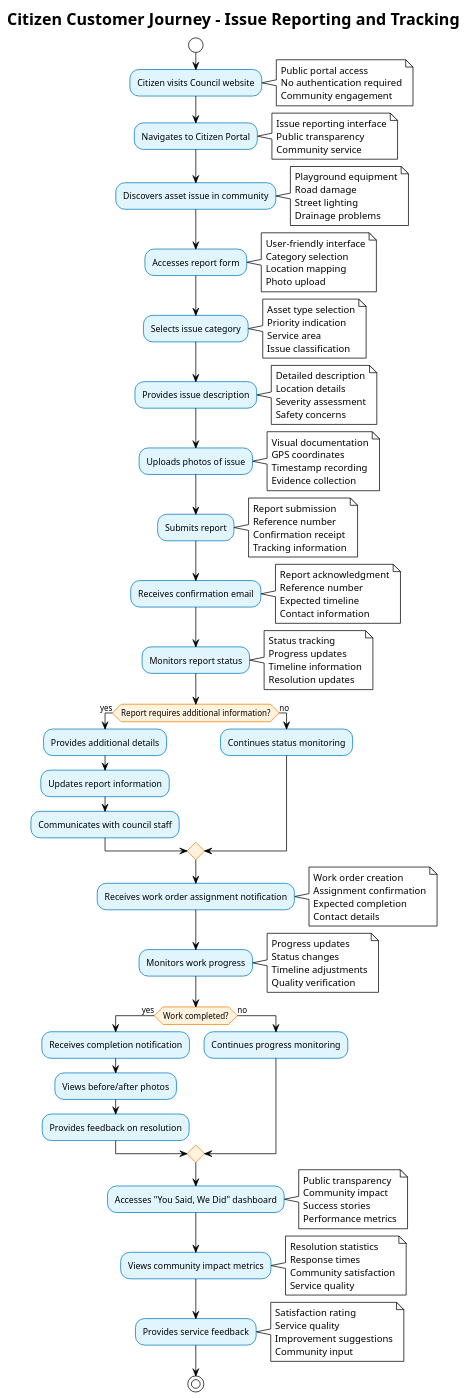
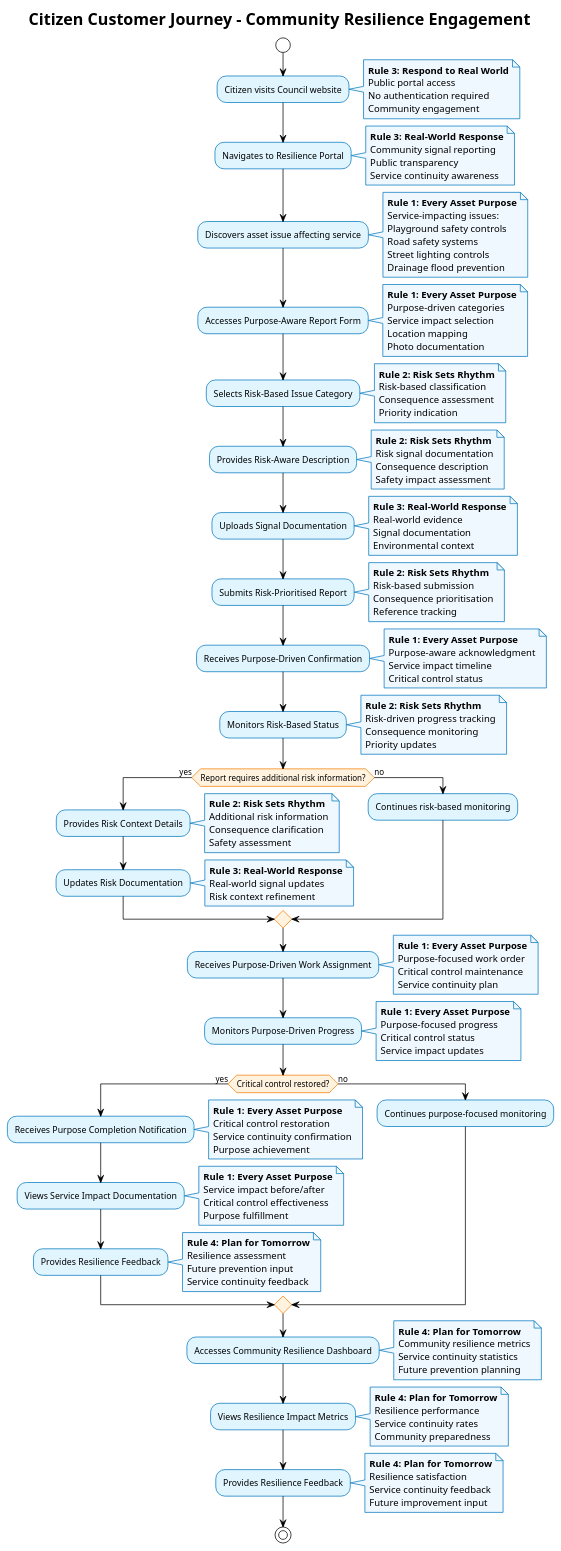
The diagram in docs/architecture/customer-journeys/citizen-journey.puml (Duds/CouncilWorks), drawn with PlantUML before and after one commit. The commit also changed 37 other files, not shown here.

First line of the commit message:
feat: enhance customer journeys and fix PlantUML syntax

```diff
--- a/docs/architecture/customer-journeys/citizen-journey.puml
+++ b/docs/architecture/customer-journeys/citizen-journey.puml
@@ -1,82 +1,91 @@
-@startuml Citizen Customer Journey
+@startuml Citizen Customer Journey - Community Resilience Engagement
 !theme plain
 skinparam backgroundColor #FFFFFF
 skinparam activity {
   BackgroundColor #E1F5FE
   BorderColor #0277BD
   FontColor #000000
 }
 skinparam activityDiamond {
   BackgroundColor #FFF3E0
   BorderColor #F57C00
   FontColor #000000
 }
+skinparam note {
+  BackgroundColor #F0F8FF
+  BorderColor #0277BD
+  FontColor #000000
+}
 
-title Citizen Customer Journey - Issue Reporting and Tracking
+title Citizen Customer Journey - Community Resilience Engagement
 
 start
 
 :Citizen visits Council website;
-note right: Public portal access\nNo authentication required\nCommunity engagement
+note right: **Rule 3: Respond to Real World**\nPublic portal access\nNo authentication required\nCommunity engagement
 
-:Navigates to Citizen Portal;
-note right: Issue reporting interface\nPublic transparency\nCommunity service
+:Navigates to Resilience Portal;
+note right: **Rule 3: Real-World Response**\nCommunity signal reporting\nPublic transparency\nService continuity awareness
 
-:Discovers asset issue in community;
-note right: Playground equipment\nRoad damage\nStreet lighting\nDrainage problems
+:Discovers asset issue affecting service;
+note right: **Rule 1: Every Asset Purpose**\nService-impacting issues:\nPlayground safety controls\nRoad safety systems\nStreet lighting controls\nDrainage flood prevention
 
-:Accesses report form;
-note right: User-friendly interface\nCategory selection\nLocation mapping\nPhoto upload
+:Accesses Purpose-Aware Report Form;
+note right: **Rule 1: Every Asset Purpose**\nPurpose-driven categories\nService impact selection\nLocation mapping\nPhoto documentation
 
-:Selects issue category;
-note right: Asset type selection\nPriority indication\nService area\nIssue classification
+:Selects Risk-Based Issue Category;
+note right: **Rule 2: Risk Sets Rhythm**\nRisk-based classification\nConsequence assessment\nPriority indication
 
-:Provides issue description;
-note right: Detailed description\nLocation details\nSeverity assessment\nSafety concerns
+:Provides Risk-Aware Description;
+note right: **Rule 2: Risk Sets Rhythm**\nRisk signal documentation\nConsequence description\nSafety impact assessment
 
-:Uploads photos of issue;
-note right: Visual documentation\nGPS coordinates\nTimestamp recording\nEvidence collection
+:Uploads Signal Documentation;
+note right: **Rule 3: Real-World Response**\nReal-world evidence\nSignal documentation\nEnvironmental context
 
-:Submits report;
-note right: Report submission\nReference number\nConfirmation receipt\nTracking information
+:Submits Risk-Prioritised Report;
+note right: **Rule 2: Risk Sets Rhythm**\nRisk-based submission\nConsequence prioritisation\nReference tracking
 
-:Receives confirmation email;
-note right: Report acknowledgment\nReference number\nExpected timeline\nContact information
+:Receives Purpose-Driven Confirmation;
+note right: **Rule 1: Every Asset Purpose**\nPurpose-aware acknowledgment\nService impact timeline\nCritical control status
 
-:Monitors report status;
-note right: Status tracking\nProgress updates\nTimeline information\nResolution updates
+:Monitors Risk-Based Status;
+note right: **Rule 2: Risk Sets Rhythm**\nRisk-driven progress tracking\nConsequence monitoring\nPriority updates
 
-if (Report requires additional information?) then (yes)
-  :Provides additional details;
-  :Updates report information;
-  :Communicates with council staff;
+if (Report requires additional risk information?) then (yes)
+  :Provides Risk Context Details;
+  note right: **Rule 2: Risk Sets Rhythm**\nAdditional risk information\nConsequence clarification\nSafety assessment
+  :Updates Risk Documentation;
+  note right: **Rule 3: Real-World Response**\nReal-world signal updates\nRisk context refinement
 else (no)
-  :Continues status monitoring;
+  :Continues risk-based monitoring;
 endif
 
-:Receives work order assignment notification;
-note right: Work order creation\nAssignment confirmation\nExpected completion\nContact details
+:Receives Purpose-Driven Work Assignment;
+note right: **Rule 1: Every Asset Purpose**\nPurpose-focused work order\nCritical control maintenance\nService continuity plan
 
-:Monitors work progress;
-note right: Progress updates\nStatus changes\nTimeline adjustments\nQuality verification
+:Monitors Purpose-Driven Progress;
+note right: **Rule 1: Every Asset Purpose**\nPurpose-focused progress\nCritical control status\nService impact updates
 
-if (Work completed?) then (yes)
-  :Receives completion notification;
-  :Views before/after photos;
-  :Provides feedback on resolution;
+if (Critical control restored?) then (yes)
+  :Receives Purpose Completion Notification;
+  note right: **Rule 1: Every Asset Purpose**\nCritical control restoration\nService continuity confirmation\nPurpose achievement
+  :Views Service Impact Documentation;
+  note right: **Rule 1: Every Asset Purpose**\nService impact before/after\nCritical control effectiveness\nPurpose fulfillment
+  :Provides Resilience Feedback;
+  note right: **Rule 4: Plan for Tomorrow**\nResilience assessment\nFuture prevention input\nService continuity feedback
 else (no)
-  :Continues progress monitoring;
+  :Continues purpose-focused monitoring;
 endif
 
-:Accesses "You Said, We Did" dashboard;
-note right: Public transparency\nCommunity impact\nSuccess stories\nPerformance metrics
+:Accesses Community Resilience Dashboard;
+note right: **Rule 4: Plan for Tomorrow**\nCommunity resilience metrics\nService continuity statistics\nFuture prevention planning
 
-:Views community impact metrics;
-note right: Resolution statistics\nResponse times\nCommunity satisfaction\nService quality
+:Views Resilience Impact Metrics;
+note right: **Rule 4: Plan for Tomorrow**\nResilience performance\nService continuity rates\nCommunity preparedness
 
-:Provides service feedback;
-note right: Satisfaction rating\nService quality\nImprovement suggestions\nCommunity input
+:Provides Resilience Feedback;
+note right: **Rule 4: Plan for Tomorrow**\nResilience satisfaction\nService continuity feedback\nFuture improvement input
 
 stop
 
 @enduml
```
